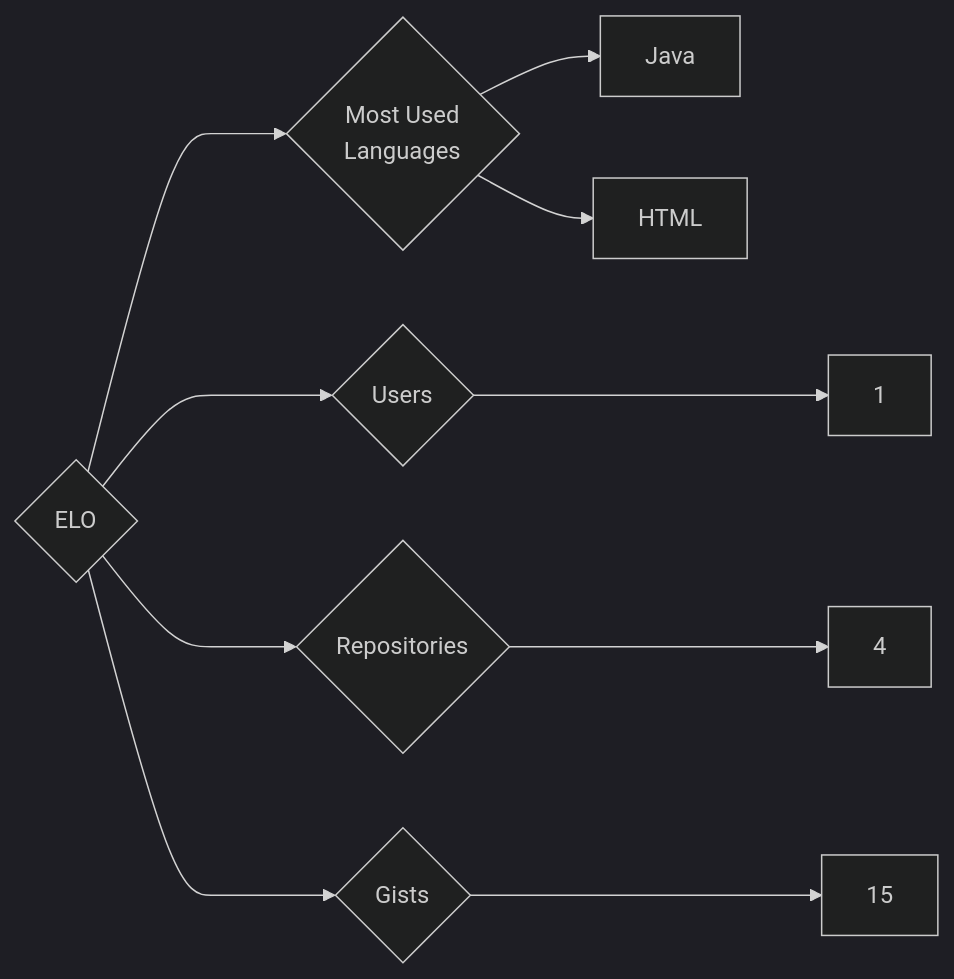
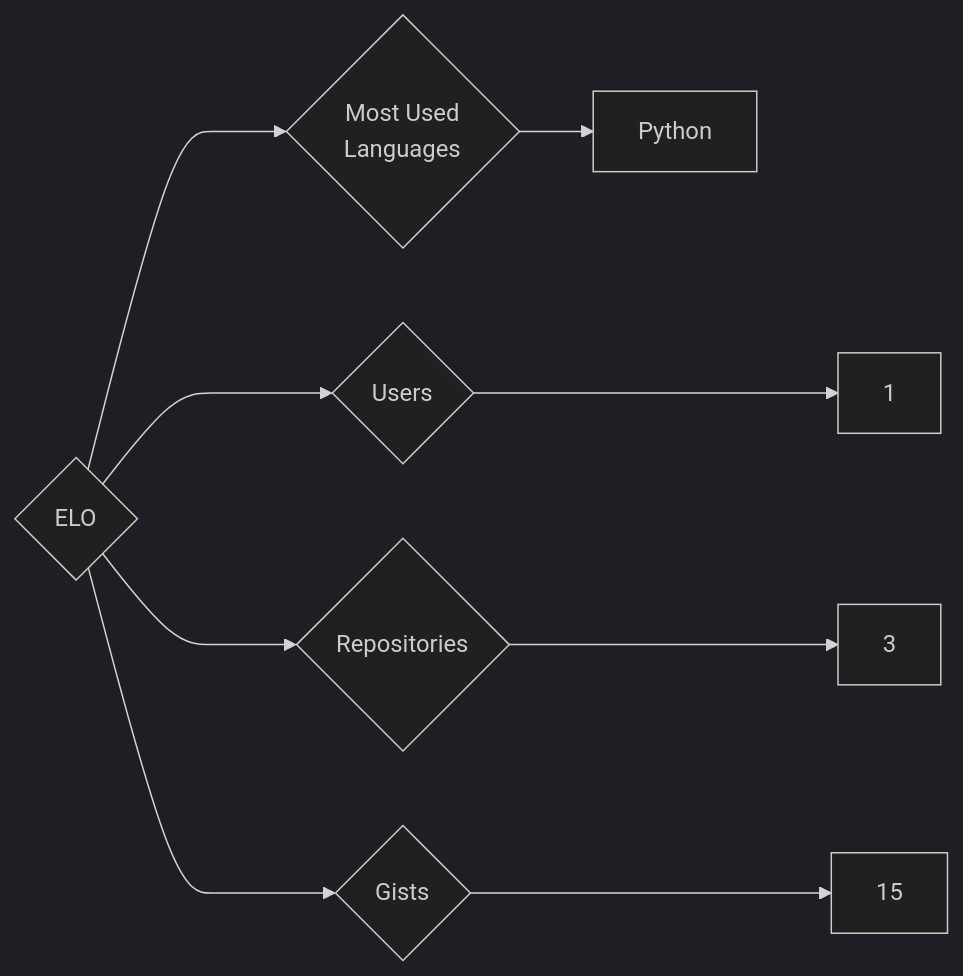
Before and after one commit to trickest/insiders: the diagram in targets/ELO/README.md, drawn with Mermaid (dark theme). The commit also changed 1149 other files, not shown here.

````diff
--- a/targets/ELO/README.md
+++ b/targets/ELO/README.md
@@ -3,10 +3,9 @@
 ```mermaid
 graph LR
 COMPANY_NAME{ELO}
 COMPANY_NAME ---> U{Users} ---> UN[1]
-COMPANY_NAME ---> R{Repositories} ---> RN[4]
+COMPANY_NAME ---> R{Repositories} ---> RN[3]
 COMPANY_NAME ---> G{Gists} ---> GN[15]
 COMPANY_NAME ---> ML{Most Used<br>Languages}
-ML --> Java[Java]
-ML --> HTML[HTML]
+ML --> Python[Python]
 ```
````
